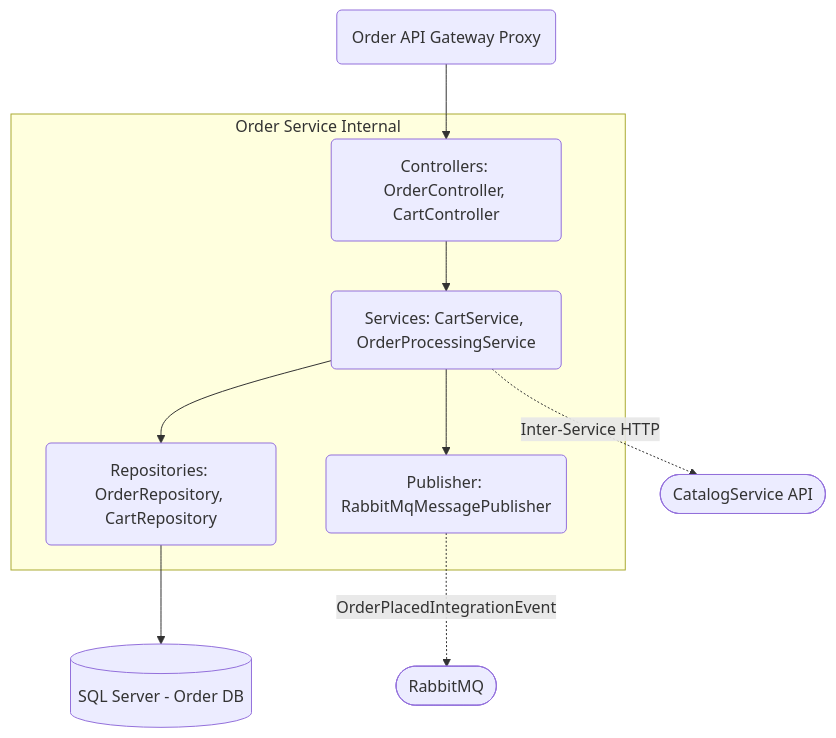
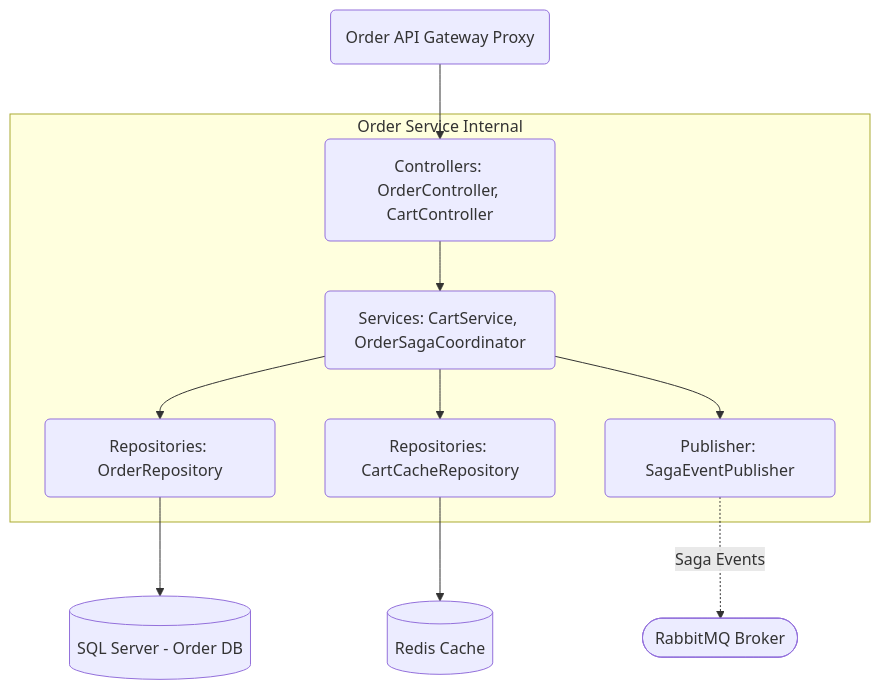
One commit to Kundan12218014/FastTrack-CapShop changed diagram 15 of 16 in CapShop/docs/SystemArchitecture.md. Above: the diagram before and after it, drawn with Mermaid. The commit also changed other lines of this file and 95 other files, not shown here.

````diff
--- a/CapShop/docs/SystemArchitecture.md
+++ b/CapShop/docs/SystemArchitecture.md
@@ -527,20 +549,22 @@
 ```mermaid
 flowchart TD
     API(Order API Gateway Proxy)
-    
+
     subgraph OrderService[Order Service Internal]
         C(Controllers: OrderController, CartController)
-        S(Services: CartService, OrderProcessingService)
-        R(Repositories: OrderRepository, CartRepository)
-        P(Publisher: RabbitMqMessagePublisher)
-        
+        S(Services: CartService, OrderSagaCoordinator)
+        R(Repositories: OrderRepository)
+        CR(Repositories: CartCacheRepository)
+        P(Publisher: SagaEventPublisher)
+
         C --> S
         S --> R
+        S --> CR
         S --> P
     end
-    
+
     API --> C
     R --> DB[(SQL Server - Order DB)]
-    P -.->|OrderPlacedIntegrationEvent| MQ([RabbitMQ])
-    S -.->|Inter-Service HTTP| Catalog([CatalogService API])
+    CR --> Redis[(Redis Cache)]
+    P -.->|Saga Events| MQ([RabbitMQ Broker])
 ```
````
